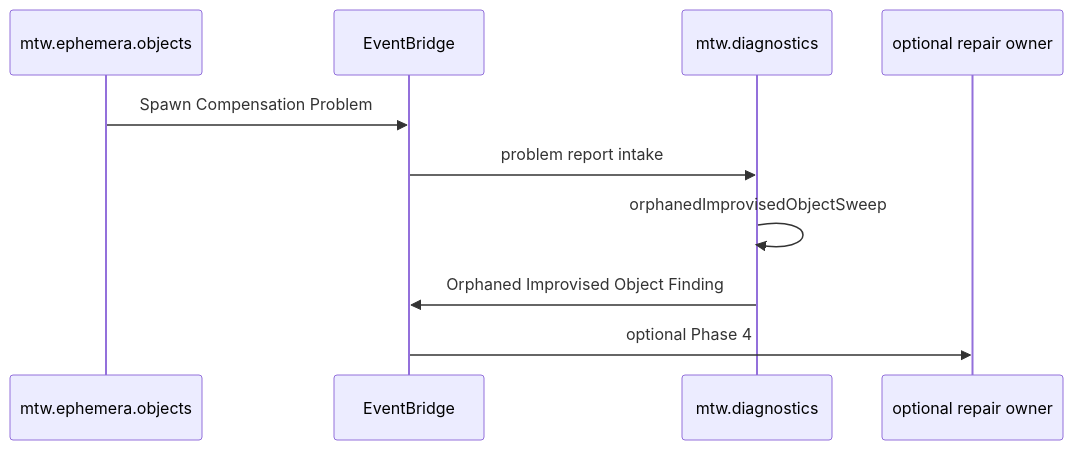
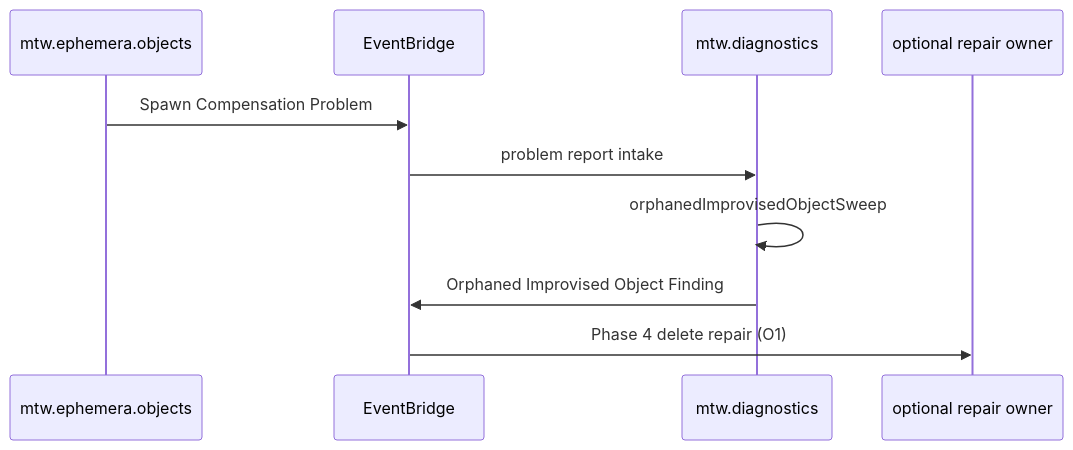
The diagram in taskPlanning/lambda/ephemera/dataSource/positions/AGENT.orphanedObjectDiagnostics.planning.md (TonyLB/maketheworld), drawn with Mermaid before and after one commit. The commit also changed other lines of this file, not shown here.

````diff
--- a/taskPlanning/lambda/ephemera/dataSource/positions/AGENT.orphanedObjectDiagnostics.planning.md
+++ b/taskPlanning/lambda/ephemera/dataSource/positions/AGENT.orphanedObjectDiagnostics.planning.md
@@ -64,13 +102,13 @@
 ```mermaid
 sequenceDiagram
     participant Objects as mtw.ephemera.objects
     participant EB as EventBridge
     participant Diag as mtw.diagnostics
     participant Repair as optional repair owner
 
     Objects->>EB: Spawn Compensation Problem
     EB->>Diag: problem report intake
     Diag->>Diag: orphanedImprovisedObjectSweep
     Diag->>EB: Orphaned Improvised Object Finding
-    EB->>Repair: optional Phase 4
+    EB->>Repair: Phase 4 delete repair (O1)
 ```
````
